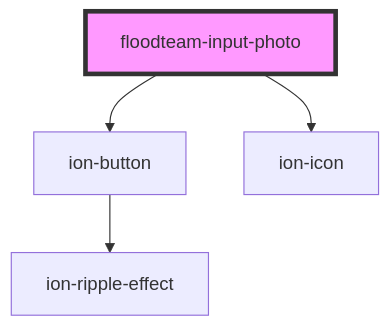
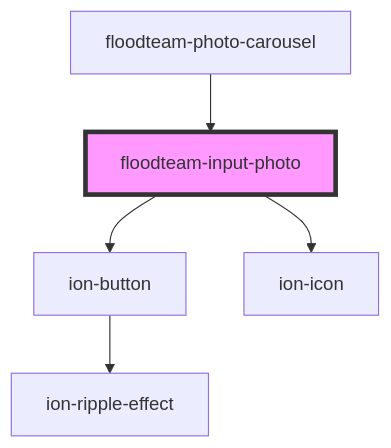
The diagram in src/components/input-photo/readme.md (FloodTeam/components), drawn with Mermaid before and after one commit. The commit also changed other lines of this file and 20 other files, not shown here.

Commit message:
fix(): Create floating-button, input-json, job-progress, photo-carousel components as well as some other UI tweaks

````diff
--- a/src/components/input-photo/readme.md
+++ b/src/components/input-photo/readme.md
@@ -56,7 +60,8 @@
 ```mermaid
 graph TD;
   floodteam-input-photo --> ion-button
   floodteam-input-photo --> ion-icon
   ion-button --> ion-ripple-effect
+  floodteam-photo-carousel --> floodteam-input-photo
   style floodteam-input-photo fill:#f9f,stroke:#333,stroke-width:4px
 ```
````
